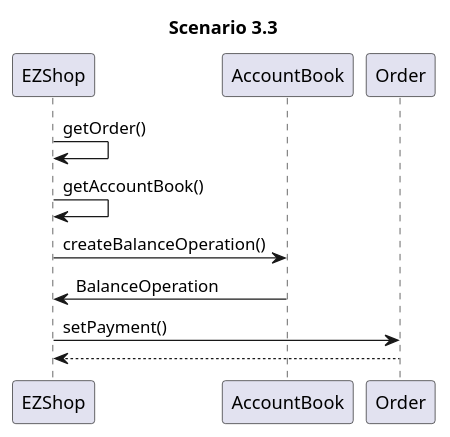
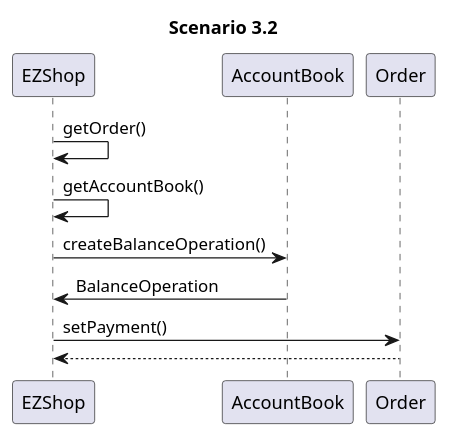
The third of 4 diagrams in Deliverables/DesignDocument.md (marco-ballario/EzShop), drawn with PlantUML before and after one commit.

````diff
--- a/Deliverables/DesignDocument.md
+++ b/Deliverables/DesignDocument.md
@@ -332,9 +332,9 @@
 ```plantuml
-title Scenario 3.3
+title Scenario 3.2
 EZShop -> EZShop: getOrder()
 EZShop -> EZShop: getAccountBook()
 EZShop -> AccountBook: createBalanceOperation()
 AccountBook -> EZShop: BalanceOperation
 EZShop -> Order: setPayment()
 Order --> EZShop
 ```
````
